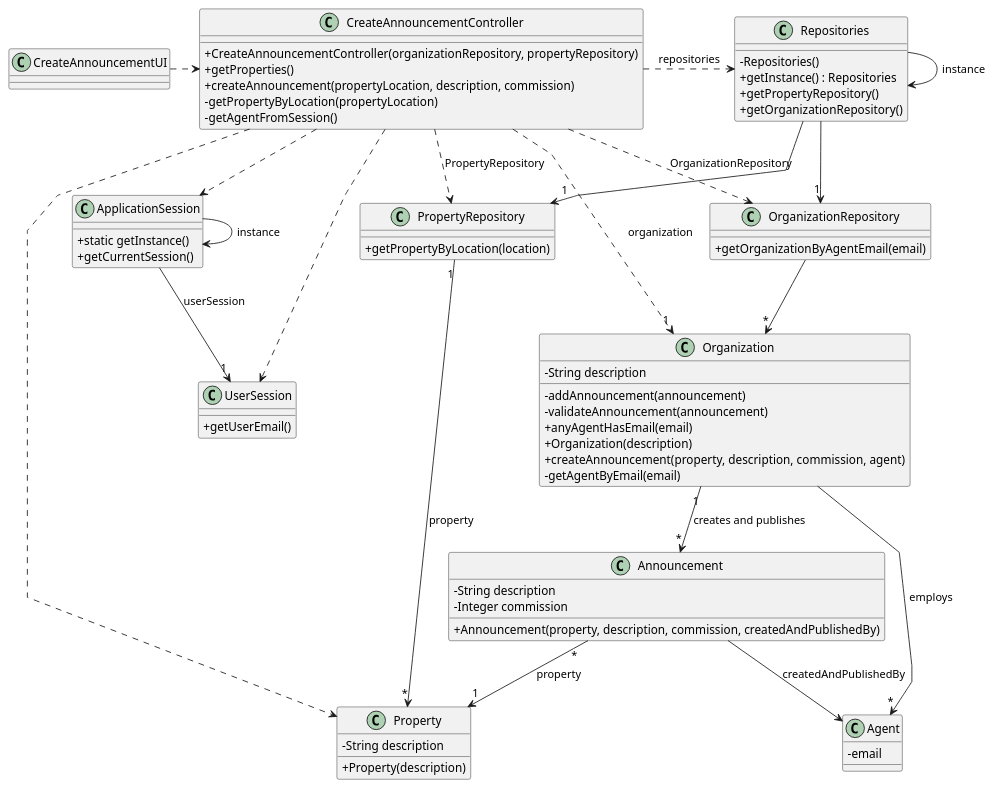
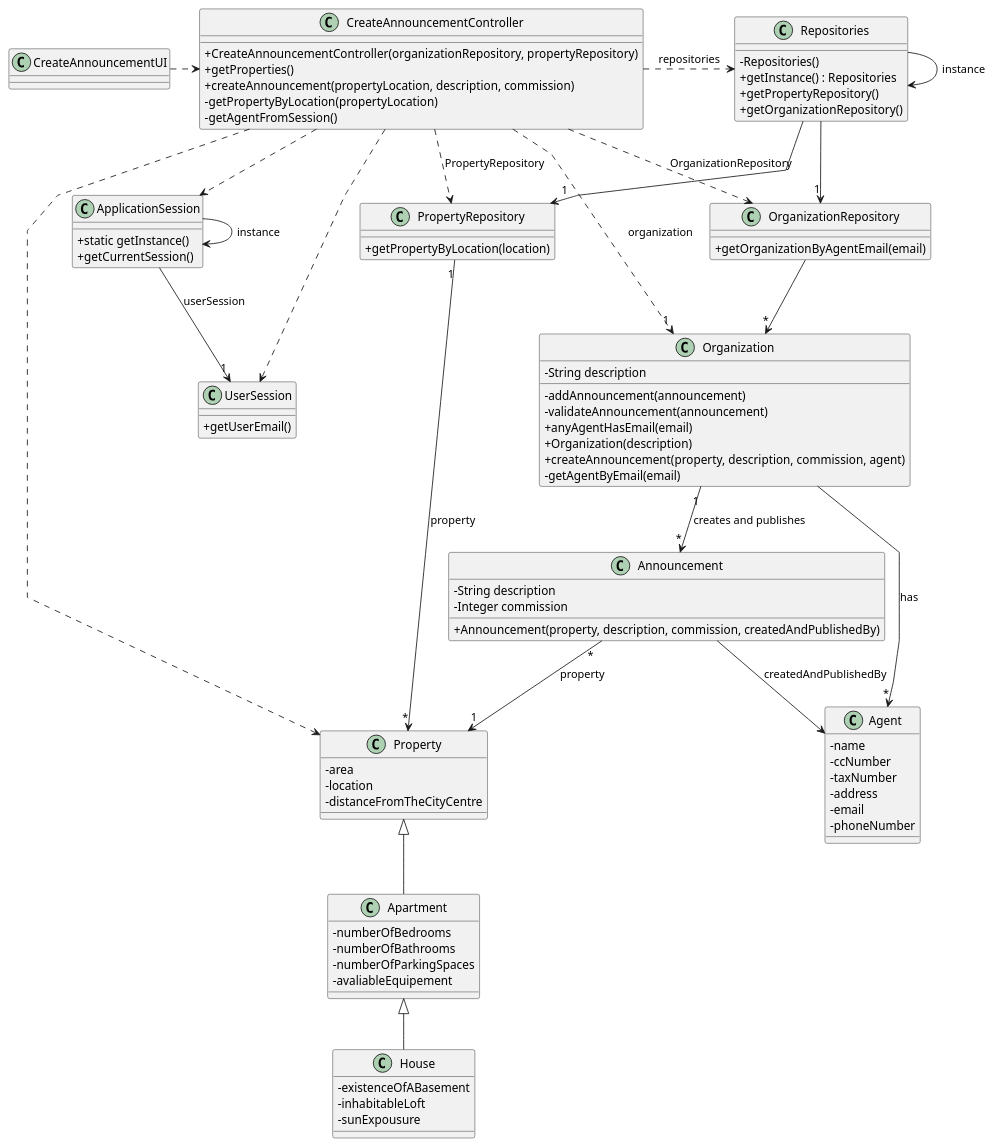
Before and after one commit to Rodrick0209/ISEP-LAPR2-22-23: the diagram in docs/Sprint-B/US002/03.design/puml/us002-class-diagram.puml, drawn with PlantUML. The commit also changed 59 other files, not shown here.

```diff
--- a/docs/Sprint-B/US002/03.design/puml/us002-class-diagram.puml
+++ b/docs/Sprint-B/US002/03.design/puml/us002-class-diagram.puml
@@ -1,107 +1,128 @@
 @startuml
 'skinparam monochrome true
 skinparam packageStyle rectangle
 skinparam shadowing false
 skinparam linetype polyline
 'skinparam linetype orto
 
 skinparam classAttributeIconSize 0
 
 'left to right direction
 
 class ApplicationSession
 {
     + static getInstance()
     + getCurrentSession()
 }
 
 class UserSession
 {
     + getUserEmail()
 }
 
 class Agent {
+    - name
+    - ccNumber
+    - taxNumber
+    - address
     - email
+    - phoneNumber
 }
 
 class Announcement {
     - String description
     - Integer commission
 
     + Announcement(property, description, commission, createdAndPublishedBy)
 }
 
 class Property {
-    - String description
+    - area
+    - location
+    - distanceFromTheCityCentre
+}
 
-    + Property(description)
+class Apartment{
+    - numberOfBedrooms
+    - numberOfBathrooms
+    - numberOfParkingSpaces
+    - avaliableEquipement
+}
+
+class House{
+    - existenceOfABasement
+    - inhabitableLoft
+    - sunExpousure
 }
 
 class Organization {
     - String description
 
     - addAnnouncement(announcement)
     - validateAnnouncement(announcement)
     + anyAgentHasEmail(email)
     + Organization(description)
     + createAnnouncement(property, description, commission, agent)
     - getAgentByEmail(email)
 
 '  +saveAnnouncement(announcement)
 }
 
 class PropertyRepository {
     + getPropertyByLocation(location)
 }
 
 class OrganizationRepository {
     + getOrganizationByAgentEmail(email)
 }
 
 class Repositories {
     - Repositories()
     + getInstance() : Repositories
     + getPropertyRepository()
     + getOrganizationRepository()
 }
 
 class CreateAnnouncementController {
     + CreateAnnouncementController(organizationRepository, propertyRepository)
     + getProperties()
     + createAnnouncement(propertyLocation, description, commission)
     - getPropertyByLocation(propertyLocation)
     - getAgentFromSession()
 }
 
 class CreateAnnouncementUI {
 }
 
 Repositories -> Repositories : instance
 ApplicationSession -> ApplicationSession : instance
 
 CreateAnnouncementUI .> CreateAnnouncementController
 
 CreateAnnouncementController .> Repositories : repositories
 
 
 CreateAnnouncementController .> Property
 CreateAnnouncementController ..> OrganizationRepository : OrganizationRepository
 CreateAnnouncementController ..> PropertyRepository : PropertyRepository
 
 Repositories -> "1" OrganizationRepository
 Repositories -> "1" PropertyRepository
 
 OrganizationRepository --> "*" Organization
 ApplicationSession --> "1" UserSession : userSession
 
 CreateAnnouncementController ..> "1" Organization : organization
 CreateAnnouncementController ..> ApplicationSession
 CreateAnnouncementController ..> UserSession
 Announcement "*" --> "1" Property : property
 PropertyRepository "1" --> "*" Property : property
 Organization "1" --> "*" Announcement : creates and publishes
 Announcement --> Agent : createdAndPublishedBy
 
-Organization --> "*" Agent : employs
+Organization --> "*" Agent : has
+
+Property <|-- Apartment
+Apartment <|-- House
 
 @enduml
```
